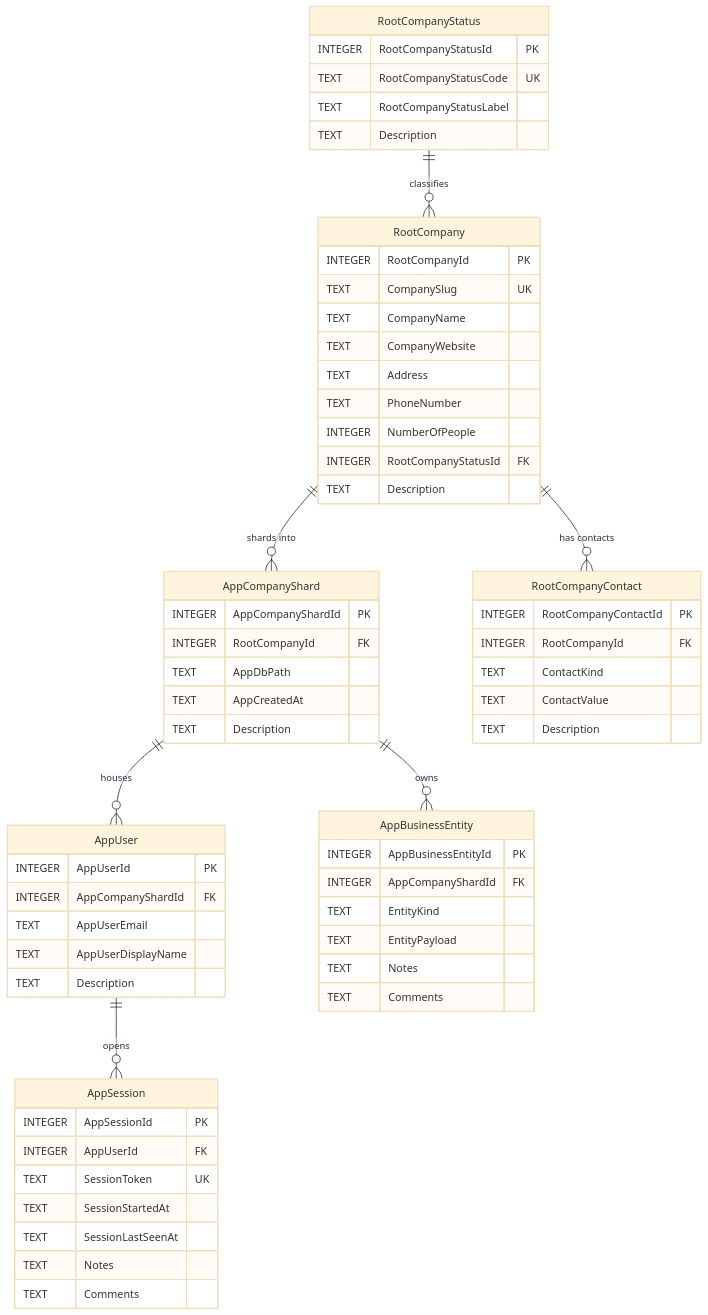
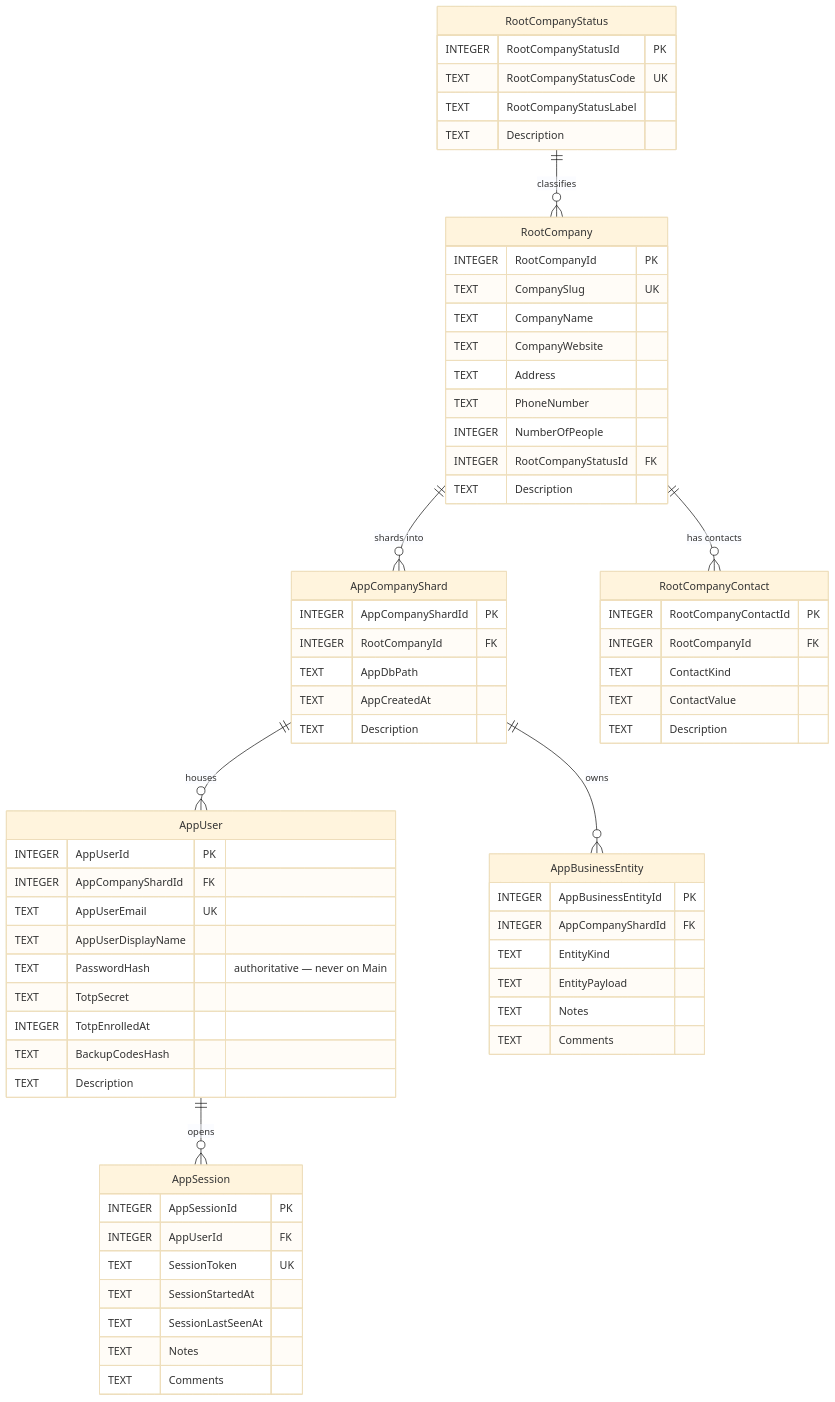
One commit to alimtvnetwork/coding-guidelines-v24 changed the diagram in spec/19-main-worker-service/diagrams/erd-worker-split-db.mmd. Above: the diagram before and after it, drawn with Mermaid (base theme).

```diff
--- a/spec/19-main-worker-service/diagrams/erd-worker-split-db.mmd
+++ b/spec/19-main-worker-service/diagrams/erd-worker-split-db.mmd
@@ -1,91 +1,95 @@
 %% ==========================================================
 %% NON-AUTHORITATIVE PROJECTION
 %% ==========================================================
 %% Subject:        Worker split-DB tiers
 %% Authoritative:  spec/05-split-db-architecture/ + spec/19/11-split-db-tier-reconciliation.md
 %% Status:         Illustrative only. If this diagram disagrees
 %%                 with the authoritative spec(s) above, the
 %%                 spec wins and this file is the bug.
 %% Banner version: 2.0.0 (2026-05-06, Phase 13.3 — explicit 4-tier framing
 %%                 per FU-1: Root / Settings / App / Session. Cache + Document
 %%                 reserved for post-v1.0. AppUser holds the secrets that used
 %%                 to live on Main.User; Main.UserDirectory now holds routing only.)
 %% ==========================================================
 erDiagram
     %% Worker-side split-DB ERD — projection of spec/05's 6-tier model.
     %% Worker uses 4 of 6 tiers in v1.0: Root / Settings / App / Session.
     %% Cache + Document tiers are reserved (not used in v1.0).
     %% Authoritative tier mapping: spec/19/11-split-db-tier-reconciliation.md §5.
     %% NOTE: AppUser below is the AUTHORITATIVE user record (PasswordHash,
     %%       TotpSecret, BackupCodesHash). Main only holds UserDirectory (routing index).
     %% NOTE (FU-4): Settings-tier tables (WorkerBootstrapState, WorkerUpdateInstruction)
     %%              are catalogued in 11-…md §5 but not redrawn here to keep the ERD readable.
 
     %% ---- Root tier (one DB per worker) ----
     RootCompany ||--o{ AppCompanyShard : "shards into"
     RootCompany ||--o{ RootCompanyContact : "has contacts"
     RootCompanyStatus ||--o{ RootCompany : "classifies"
 
     RootCompany {
         INTEGER RootCompanyId PK
         TEXT CompanySlug UK
         TEXT CompanyName
         TEXT CompanyWebsite
         TEXT Address
         TEXT PhoneNumber
         INTEGER NumberOfPeople
         INTEGER RootCompanyStatusId FK
         TEXT Description
     }
     RootCompanyStatus {
         INTEGER RootCompanyStatusId PK
         TEXT RootCompanyStatusCode UK
         TEXT RootCompanyStatusLabel
         TEXT Description
     }
     RootCompanyContact {
         INTEGER RootCompanyContactId PK
         INTEGER RootCompanyId FK
         TEXT ContactKind
         TEXT ContactValue
         TEXT Description
     }
 
     %% ---- App tier (one DB per company shard) ----
     AppCompanyShard ||--o{ AppUser : "houses"
     AppCompanyShard ||--o{ AppBusinessEntity : "owns"
     AppUser ||--o{ AppSession : "opens"
 
     AppCompanyShard {
         INTEGER AppCompanyShardId PK
         INTEGER RootCompanyId FK
         TEXT AppDbPath
         TEXT AppCreatedAt
         TEXT Description
     }
     AppUser {
         INTEGER AppUserId PK
         INTEGER AppCompanyShardId FK
-        TEXT AppUserEmail
+        TEXT AppUserEmail UK
         TEXT AppUserDisplayName
+        TEXT PasswordHash "authoritative — never on Main"
+        TEXT TotpSecret
+        INTEGER TotpEnrolledAt
+        TEXT BackupCodesHash
         TEXT Description
     }
     AppBusinessEntity {
         INTEGER AppBusinessEntityId PK
         INTEGER AppCompanyShardId FK
         TEXT EntityKind
         TEXT EntityPayload
         TEXT Notes
         TEXT Comments
     }
 
     %% ---- Session tier (one DB per logical session window) ----
     AppSession {
         INTEGER AppSessionId PK
         INTEGER AppUserId FK
         TEXT SessionToken UK
         TEXT SessionStartedAt
         TEXT SessionLastSeenAt
         TEXT Notes
         TEXT Comments
     }
```
